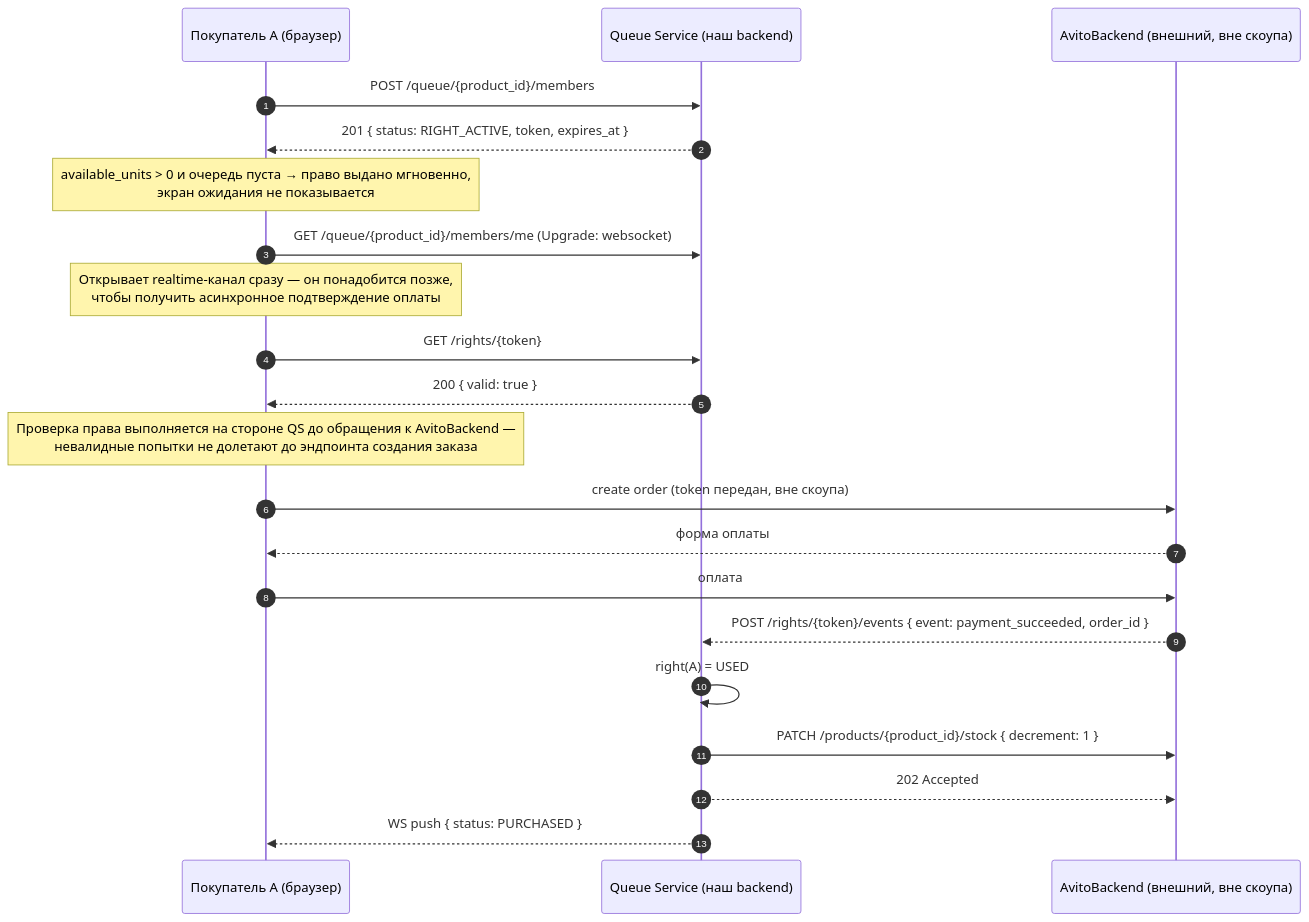
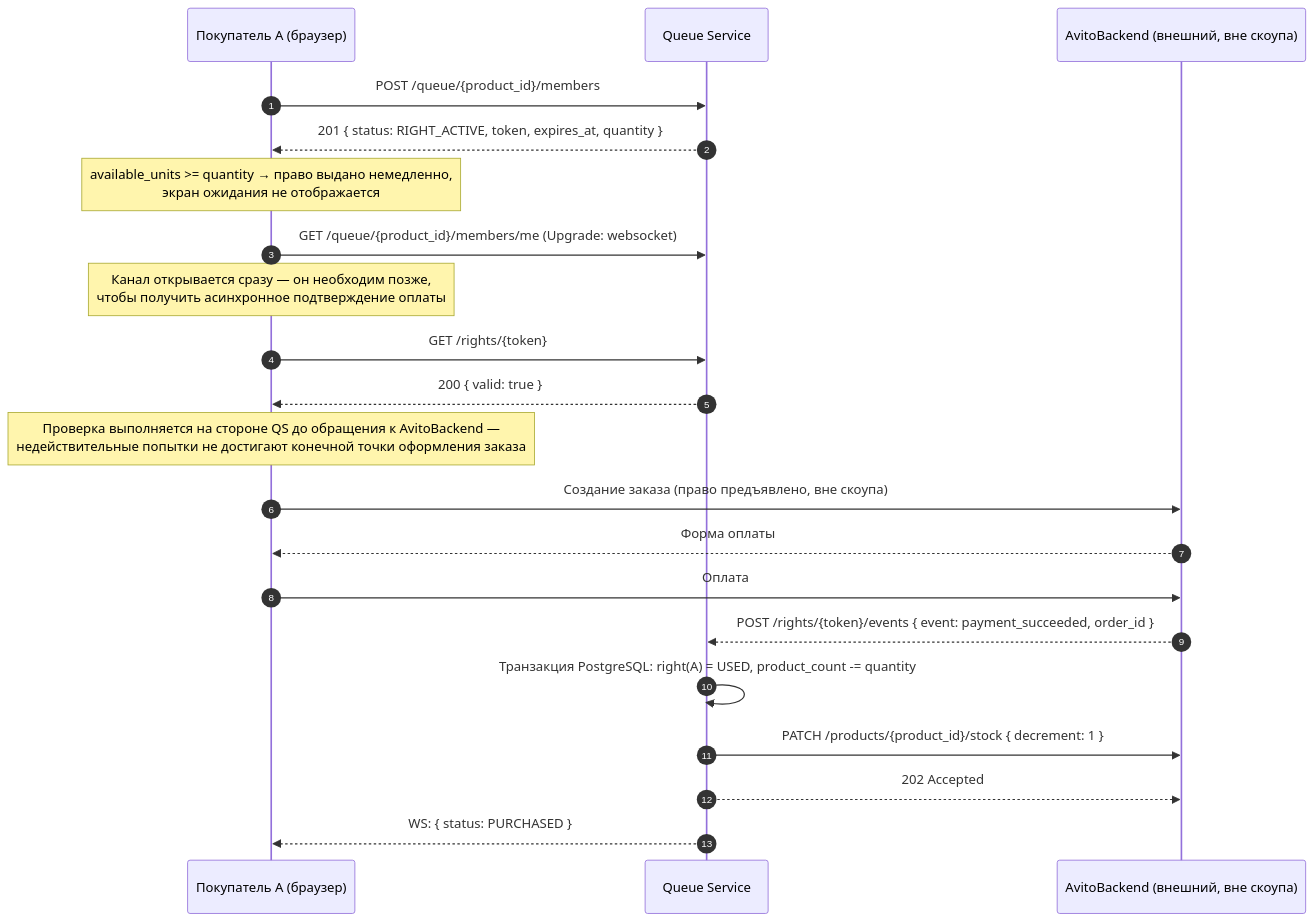
Before and after one commit to bigboynixxik/team-10-queue-serivce: the first of 4 diagrams in docs/diagrams.md, drawn with Mermaid. The commit also changed other lines of this file and 15 other files, not shown here.

````diff
--- a/docs/diagrams.md
+++ b/docs/diagrams.md
@@ -15,28 +21,28 @@
 ```mermaid
 sequenceDiagram
     autonumber
     participant A as Покупатель A (браузер)
-    participant QS as Queue Service (наш backend)
+    participant QS as Queue Service
     participant AB as AvitoBackend (внешний, вне скоупа)
 
     A->>QS: POST /queue/{product_id}/members
-    QS-->>A: 201 { status: RIGHT_ACTIVE, token, expires_at }
-    Note over A: available_units > 0 и очередь пуста → право выдано мгновенно,<br/>экран ожидания не показывается
+    QS-->>A: 201 { status: RIGHT_ACTIVE, token, expires_at, quantity }
+    Note over A: available_units >= quantity → право выдано немедленно,<br/>экран ожидания не отображается
 
     A->>QS: GET /queue/{product_id}/members/me (Upgrade: websocket)
-    Note over A: Открывает realtime-канал сразу — он понадобится позже,<br/>чтобы получить асинхронное подтверждение оплаты
+    Note over A: Канал открывается сразу — он необходим позже,<br/>чтобы получить асинхронное подтверждение оплаты
 
     A->>QS: GET /rights/{token}
     QS-->>A: 200 { valid: true }
-    Note over A: Проверка права выполняется на стороне QS до обращения к AvitoBackend —<br/>невалидные попытки не долетают до эндпоинта создания заказа
+    Note over A: Проверка выполняется на стороне QS до обращения к AvitoBackend —<br/>недействительные попытки не достигают конечной точки оформления заказа
 
-    A->>AB: create order (token передан, вне скоупа)
-    AB-->>A: форма оплаты
-    A->>AB: оплата
+    A->>AB: Создание заказа (право предъявлено, вне скоупа)
+    AB-->>A: Форма оплаты
+    A->>AB: Оплата
     AB-->>QS: POST /rights/{token}/events { event: payment_succeeded, order_id }
 
-    QS->>QS: right(A) = USED
+    QS->>QS: Транзакция PostgreSQL: right(A) = USED, product_count -= quantity
     QS->>AB: PATCH /products/{product_id}/stock { decrement: 1 }
     QS-->>AB: 202 Accepted
-    QS-->>A: WS push { status: PURCHASED }
+    QS-->>A: WS: { status: PURCHASED }
 ```
````
